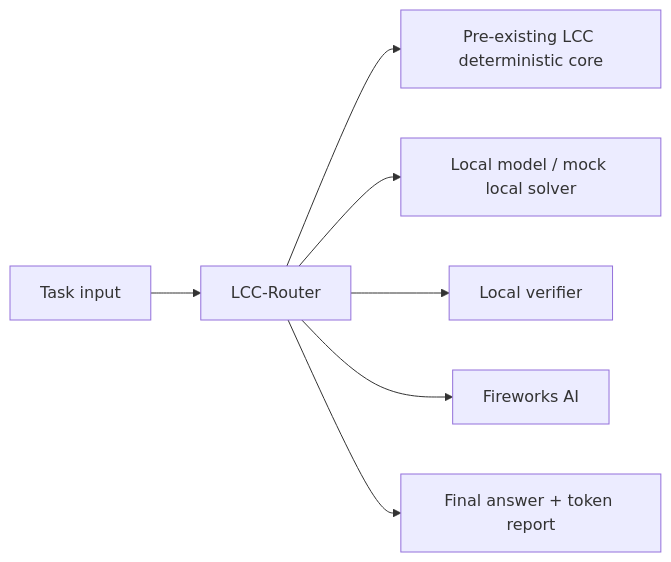
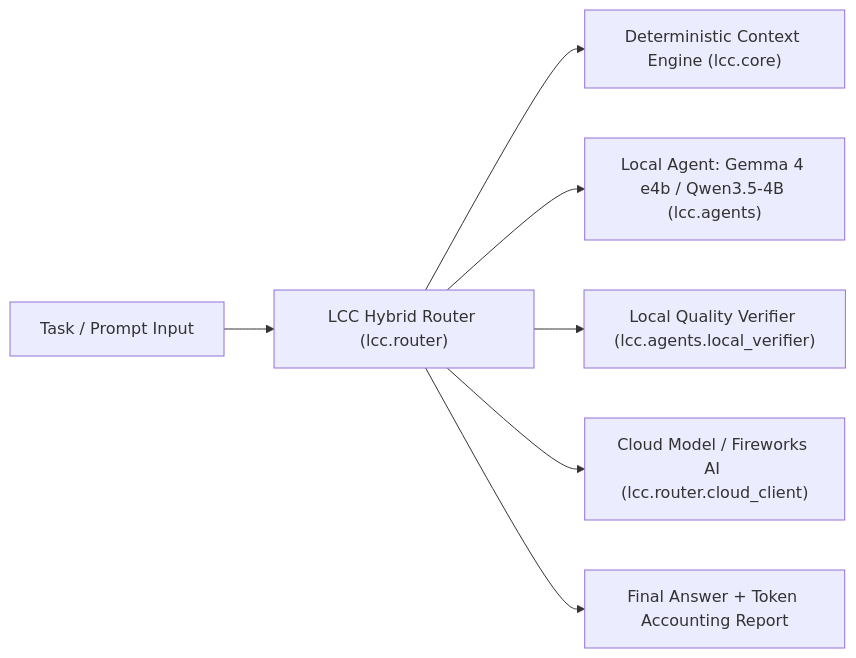
One commit to lucasmartins-ai/lcc changed the first of 6 diagrams in docs/architecture.md. Above: the diagram before and after it, drawn with Mermaid. The commit also changed other lines of this file and 57 other files, not shown here.

Commit message:
feat: integrate Gemma 4 e4b & Qwen3.5-4B local agents, unify 3 architecture pillars, and polish repository for GitHub

````diff
--- a/docs/architecture.md
+++ b/docs/architecture.md
@@ -8,9 +13,9 @@
 ```mermaid
 flowchart LR
-  User["Task input"] --> Router["LCC-Router"]
-  Router --> LCC["Pre-existing LCC deterministic core"]
-  Router --> Local["Local model / mock local solver"]
-  Router --> Verifier["Local verifier"]
-  Router --> Fireworks["Fireworks AI"]
-  Router --> Report["Final answer + token report"]
+  User["Task / Prompt Input"] --> Router["LCC Hybrid Router (lcc.router)"]
+  Router --> Core["Deterministic Context Engine (lcc.core)"]
+  Router --> LocalAgent["Local Agent: Gemma 4 e4b / Qwen3.5-4B (lcc.agents)"]
+  Router --> Verifier["Local Quality Verifier (lcc.agents.local_verifier)"]
+  Router --> Cloud["Cloud Model / Fireworks AI (lcc.router.cloud_client)"]
+  Router --> Output["Final Answer + Token Accounting Report"]
 ```
````
